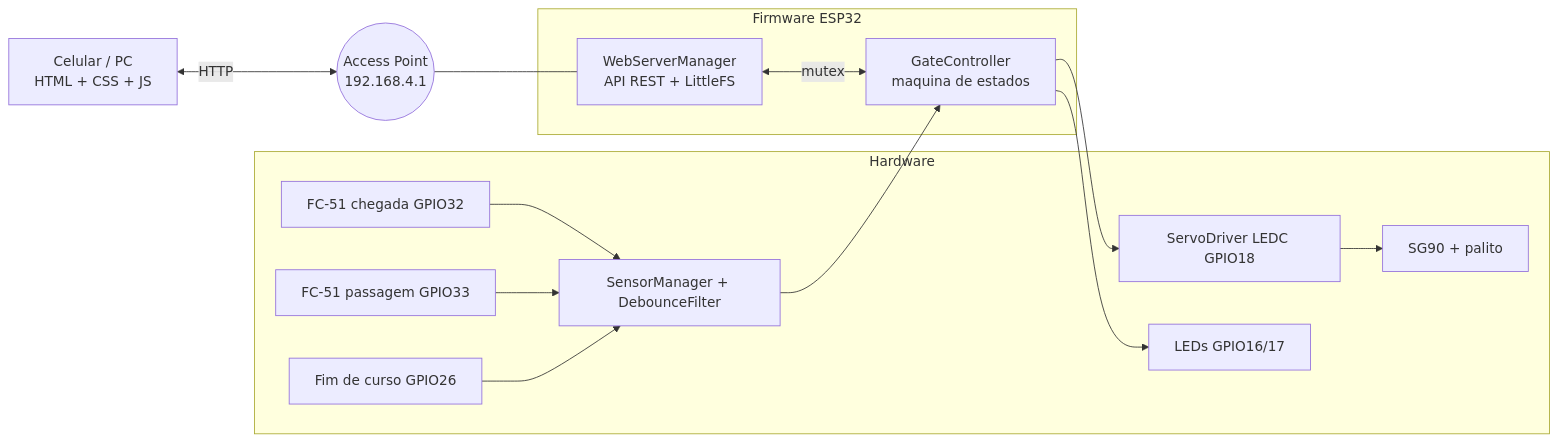
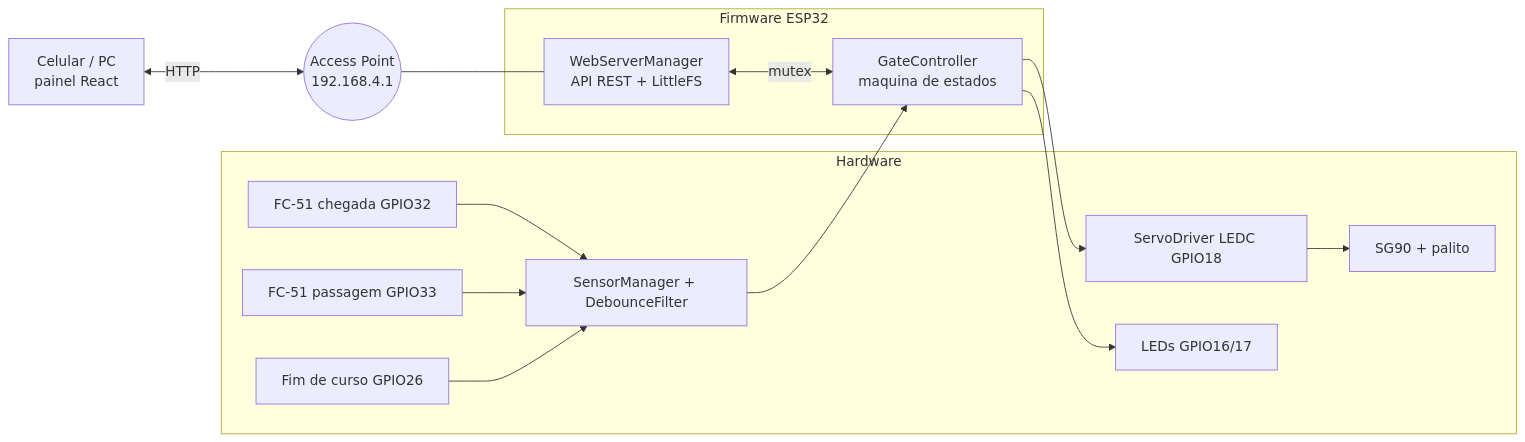
Before and after one commit to Mauriciobones05/unipark: the diagram in docs/arquitetura.md, drawn with Mermaid. The commit also changed other lines of this file and 26 other files, not shown here.

````diff
--- a/docs/arquitetura.md
+++ b/docs/arquitetura.md
@@ -5,19 +5,19 @@
 ```mermaid
 flowchart LR
   subgraph HW[Hardware]
     S1[FC-51 chegada GPIO32] --> SM
     S2[FC-51 passagem GPIO33] --> SM
     FC[Fim de curso GPIO26] --> SM
     SD[ServoDriver LEDC GPIO18] --> SV[SG90 + palito]
     LD[LEDs GPIO16/17]
   end
   subgraph FW[Firmware ESP32]
     SM[SensorManager + DebounceFilter] --> GC[GateController<br/>maquina de estados]
     GC --> SD
     GC --> LD
     WS[WebServerManager<br/>API REST + LittleFS]
     WS <-->|mutex| GC
   end
   AP((Access Point<br/>192.168.4.1)) --- WS
-  PH[Celular / PC<br/>HTML + CSS + JS] <-->|HTTP| AP
+  PH[Celular / PC<br/>painel React] <-->|HTTP| AP
 ```
````
